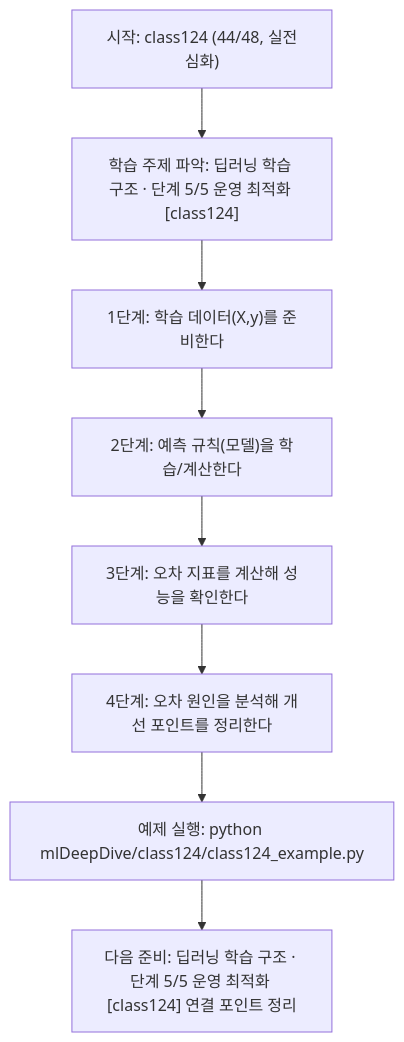
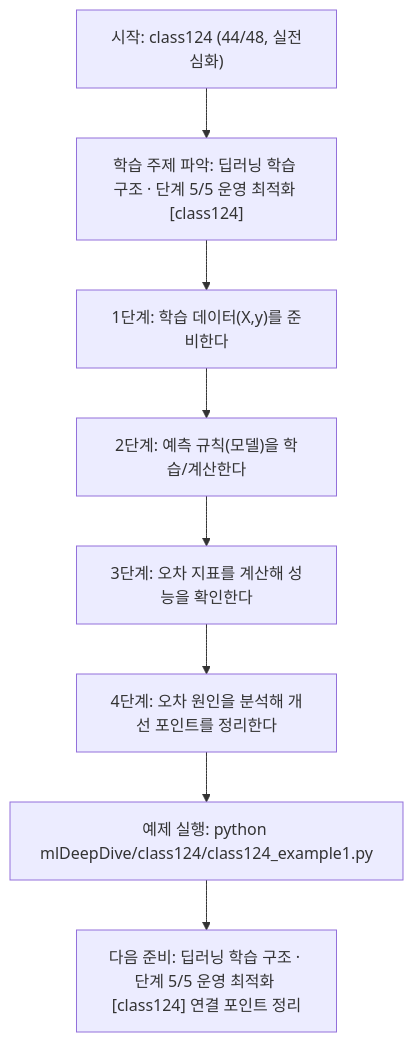
One commit to edumgt/Python-AI_Agent-Class changed the diagram in mlDeepDive/class124/class124.md. Above: the diagram before and after it, drawn with Mermaid. The commit also changed other lines of this file and 2959 other files, not shown here.

````diff
--- a/mlDeepDive/class124/class124.md
+++ b/mlDeepDive/class124/class124.md
@@ -110,18 +110,18 @@
 ```mermaid
 flowchart TD
 N1["시작: class124 (44/48, 실전심화)"]
 N2["학습 주제 파악: 딥러닝 학습 구조 · 단계 5/5 운영 최적화 [class124]"]
 N3["1단계: 학습 데이터(X,y)를 준비한다"]
 N4["2단계: 예측 규칙(모델)을 학습/계산한다"]
 N5["3단계: 오차 지표를 계산해 성능을 확인한다"]
 N6["4단계: 오차 원인을 분석해 개선 포인트를 정리한다"]
-N7["예제 실행: python mlDeepDive/class124/class124_example.py"]
+N7["예제 실행: python mlDeepDive/class124/class124_example1.py"]
 N8["다음 준비: 딥러닝 학습 구조 · 단계 5/5 운영 최적화 [class124] 연결 포인트 정리"]
 N1 --> N2
 N2 --> N3
 N3 --> N4
 N4 --> N5
 N5 --> N6
 N6 --> N7
 N7 --> N8
 ```
````
